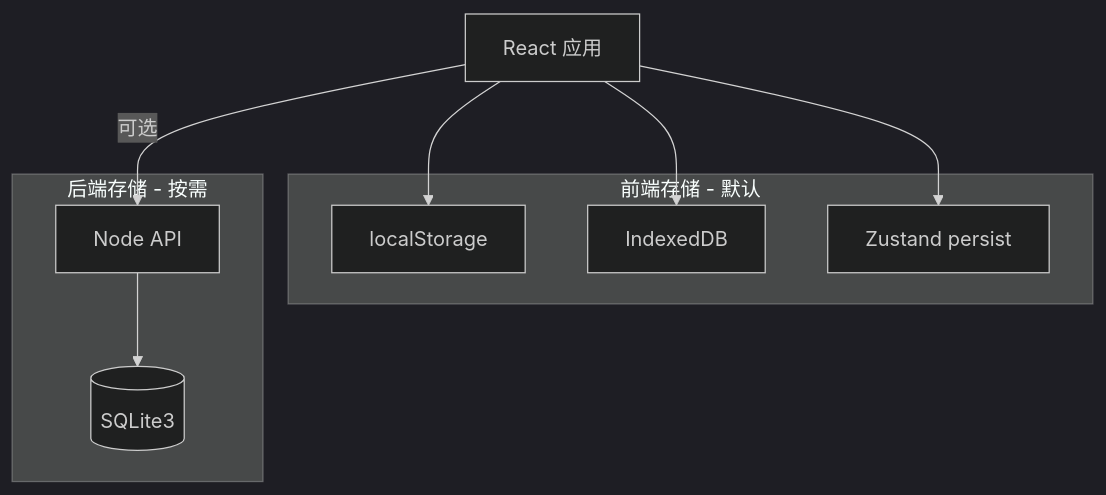
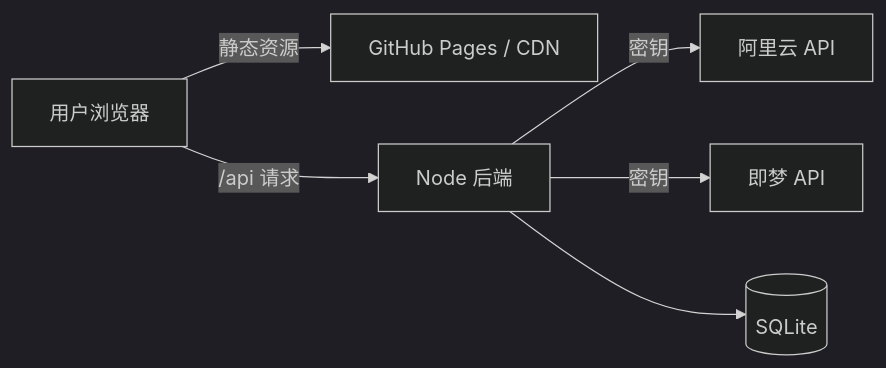
The diagram in REQUIREMENTS.md (dexy1024/api_res_time_stat), drawn with Mermaid (dark theme) before and after one commit. The commit also changed other lines of this file and 39 other files, not shown here.

First line of the commit message:
feat: 搭建 AI 视频生成 React 框架与后端 API 代理

````diff
--- a/REQUIREMENTS.md
+++ b/REQUIREMENTS.md
@@ -68,16 +105,8 @@
 ```mermaid
-flowchart TB
-    subgraph frontend [前端存储 - 默认]
-        LS[localStorage]
-        IDB[IndexedDB]
-        ZS[Zustand persist]
-    end
-    subgraph backend [后端存储 - 按需]
-        API[Node API]
-        SQL[(SQLite3)]
-    end
-    UI[React 应用] --> ZS
-    UI --> LS
-    UI --> IDB
-    UI -->|可选| API --> SQL
+flowchart LR
+    User[用户浏览器] -->|静态资源| Pages[GitHub Pages / CDN]
+    User -->|/api 请求| Server[Node 后端]
+    Server -->|密钥| Ali[阿里云 API]
+    Server -->|密钥| Jimeng[即梦 API]
+    Server --> DB[(SQLite)]
 ```
````
